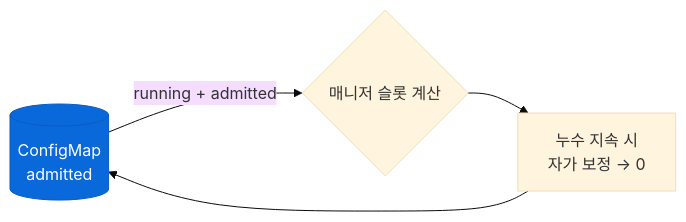
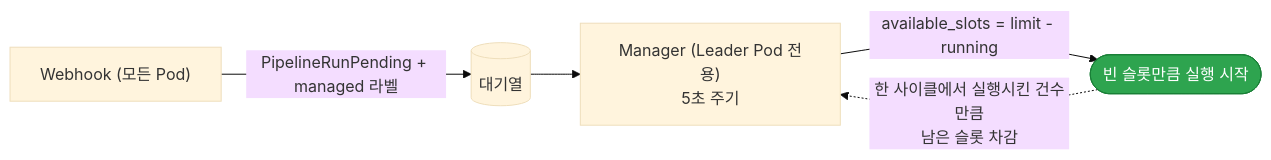
One commit to wonjune95/tekton_queue_contoller changed the sixth of 6 diagrams in README.md. Above: the diagram before and after it, drawn with Mermaid (base theme). The commit also changed other lines of this file, not shown here.

First line of the commit message:
README: admitted 카운터 제거 반영

````diff
--- a/README.md
+++ b/README.md
@@ -616,9 +599,10 @@
 ```mermaid
 flowchart LR
-    CM[("ConfigMap<br/>admitted")] -- "running + admitted" --> Slot{매니저 슬롯 계산}
-    Slot --> Heal["누수 지속 시<br/>자가 보정 → 0"]
-    Heal --> CM
+    W["Webhook (모든 Pod)"] -- "PipelineRunPending + managed 라벨" --> Q[(대기열)]
+    Q --> M["Manager (Leader Pod 전용)<br/>5초 주기"]
+    M -- "available_slots = limit - running" --> S([빈 슬롯만큼 실행 시작])
+    S -. "한 사이클에서 실행시킨 건수만큼<br/>남은 슬롯 차감" .-> M
 
-    classDef cm fill:#0969da,stroke:#0a5cc4,color:#fff;
-    class CM cm;
+    classDef run fill:#2ea44f,stroke:#1a7f37,color:#fff;
+    class S run;
 ```
````
